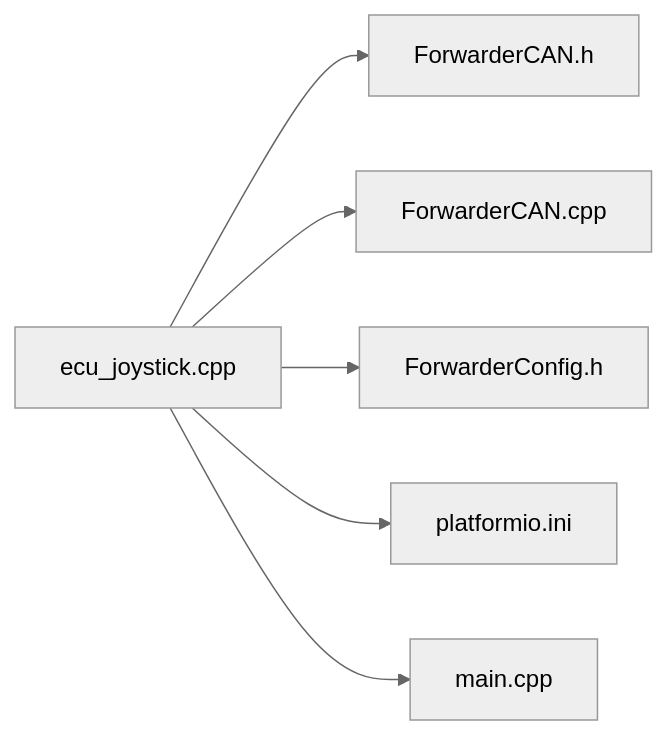
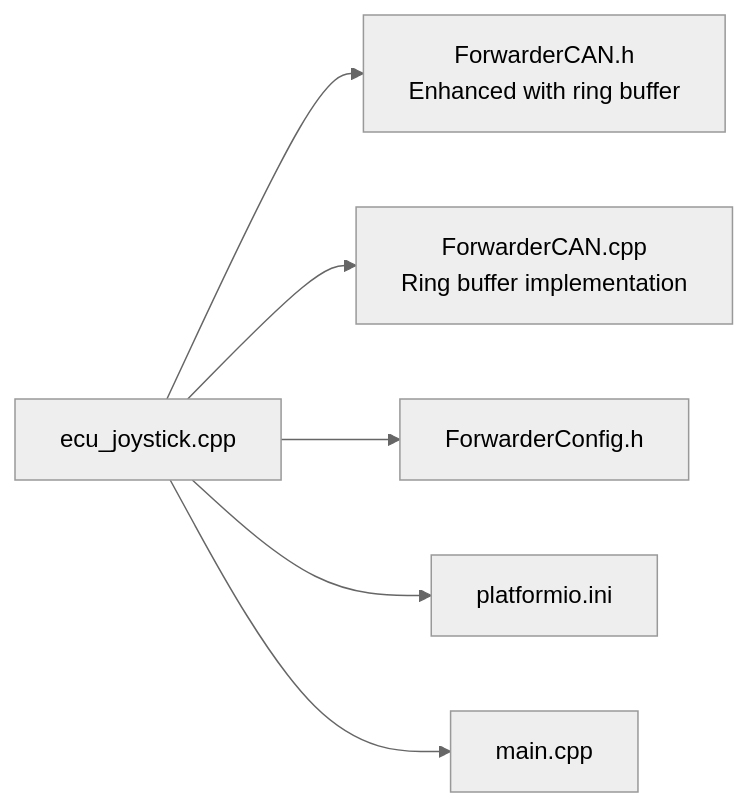
Before and after one commit to gunicsba/ESP_CAN_ECU_joystick_collection: the fifth of 5 diagrams in .qoder/repowiki/en/content/ECU Implementations/Joystick ECU/Real-time Data Transmission.md, drawn with Mermaid (neutral theme). The commit also changed other lines of this file and 11 other files, not shown here.

````diff
--- a/.qoder/repowiki/en/content/ECU Implementations/Joystick ECU/Real-time Data Transmission.md
+++ b/.qoder/repowiki/en/content/ECU Implementations/Joystick ECU/Real-time Data Transmission.md
@@ -288,8 +379,8 @@
 ```mermaid
 graph LR
-ECU["ecu_joystick.cpp"] --> CANH["ForwarderCAN.h"]
-ECU --> CANC["ForwarderCAN.cpp"]
+ECU["ecu_joystick.cpp"] --> CANH["ForwarderCAN.h<br/>Enhanced with ring buffer"]
+ECU --> CANC["ForwarderCAN.cpp<br/>Ring buffer implementation"]
 ECU --> CFG["ForwarderConfig.h"]
 ECU --> PIO["platformio.ini"]
 ECU --> MAIN["main.cpp"]
 ```
````
